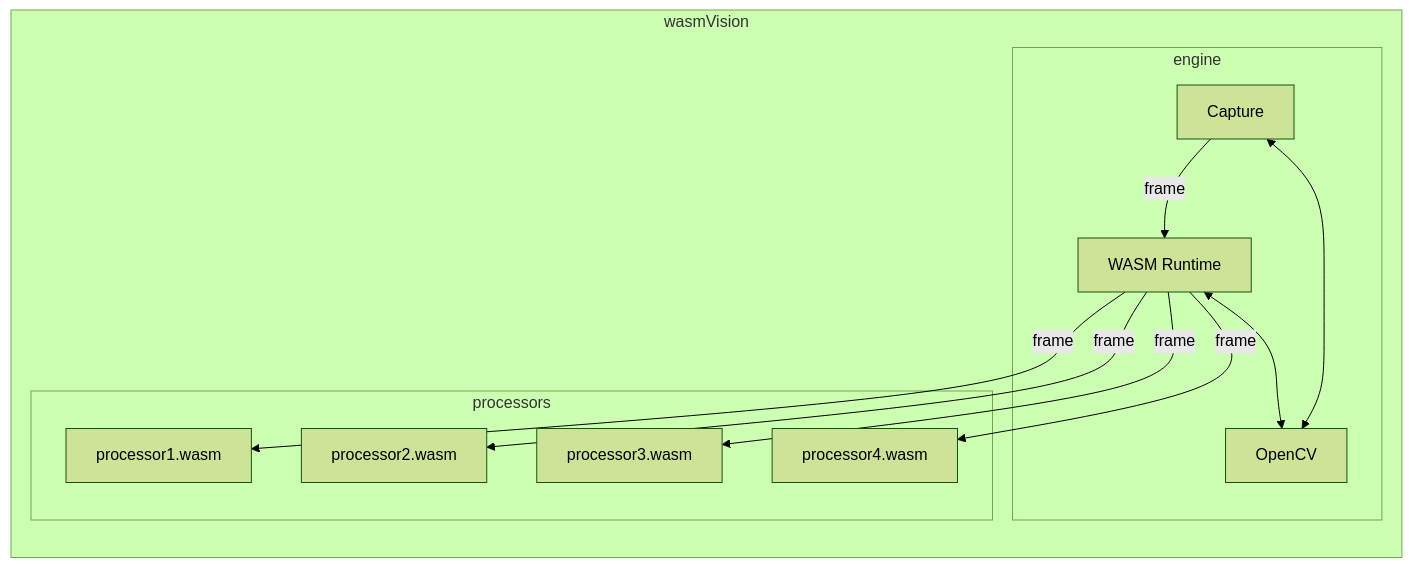
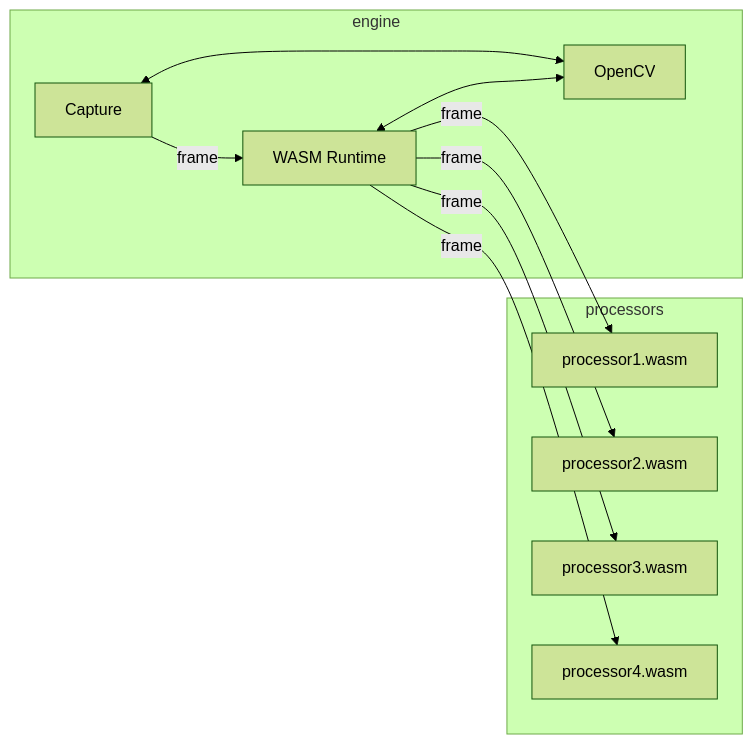
Before and after one commit to wasmvision/wasmvision: the diagram in README.md, drawn with Mermaid (forest theme).

Commit message:
docs: simplify architecture diagram layout

````diff
--- a/README.md
+++ b/README.md
@@ -135,18 +135,16 @@
 ```mermaid
 flowchart LR
-    subgraph wasmVision
-        subgraph engine
-            Capture
-            Runtime[WASM Runtime]
-            Capture--frame-->Runtime
-            Capture<-->OpenCV
-            Runtime<-->OpenCV
-        end
-        subgraph processors
-            Runtime--frame-->processor1.wasm
-            Runtime--frame-->processor2.wasm
-            Runtime--frame-->processor3.wasm
-            Runtime--frame-->processor4.wasm
-        end
+    subgraph engine
+        Capture
+        Runtime[WASM Runtime]
+        Capture--frame-->Runtime
+        Capture<-->OpenCV
+        Runtime<-->OpenCV
+    end
+    subgraph processors
+        Runtime--frame-->processor1.wasm
+        Runtime--frame-->processor2.wasm
+        Runtime--frame-->processor3.wasm
+        Runtime--frame-->processor4.wasm
     end
 ```
````
